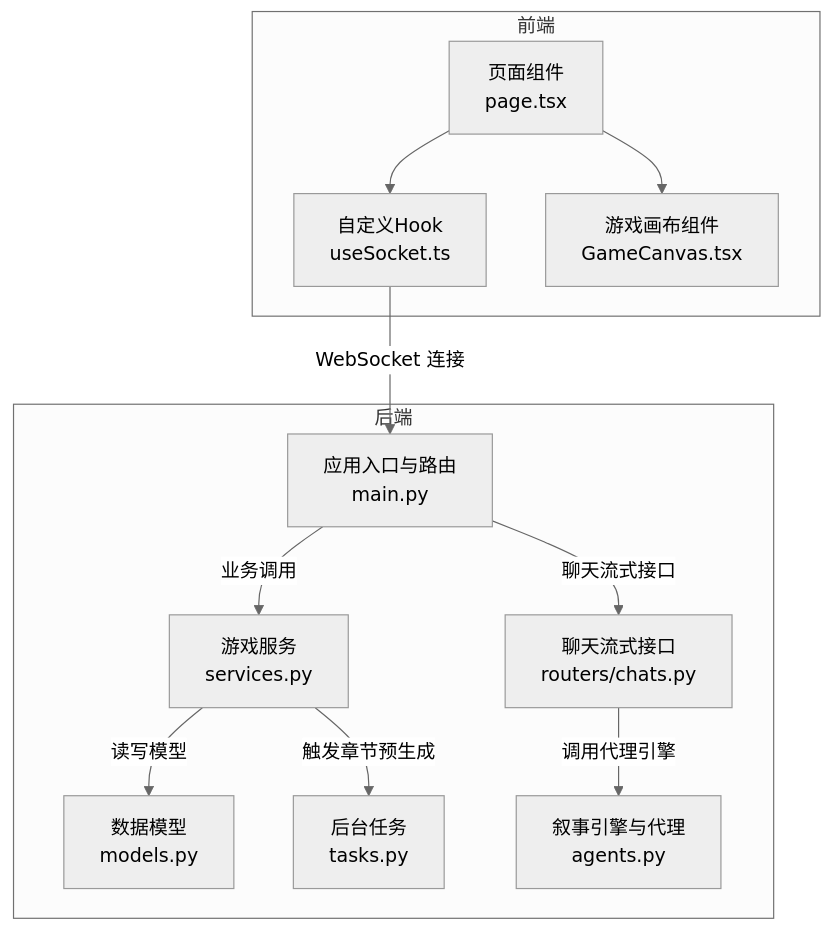
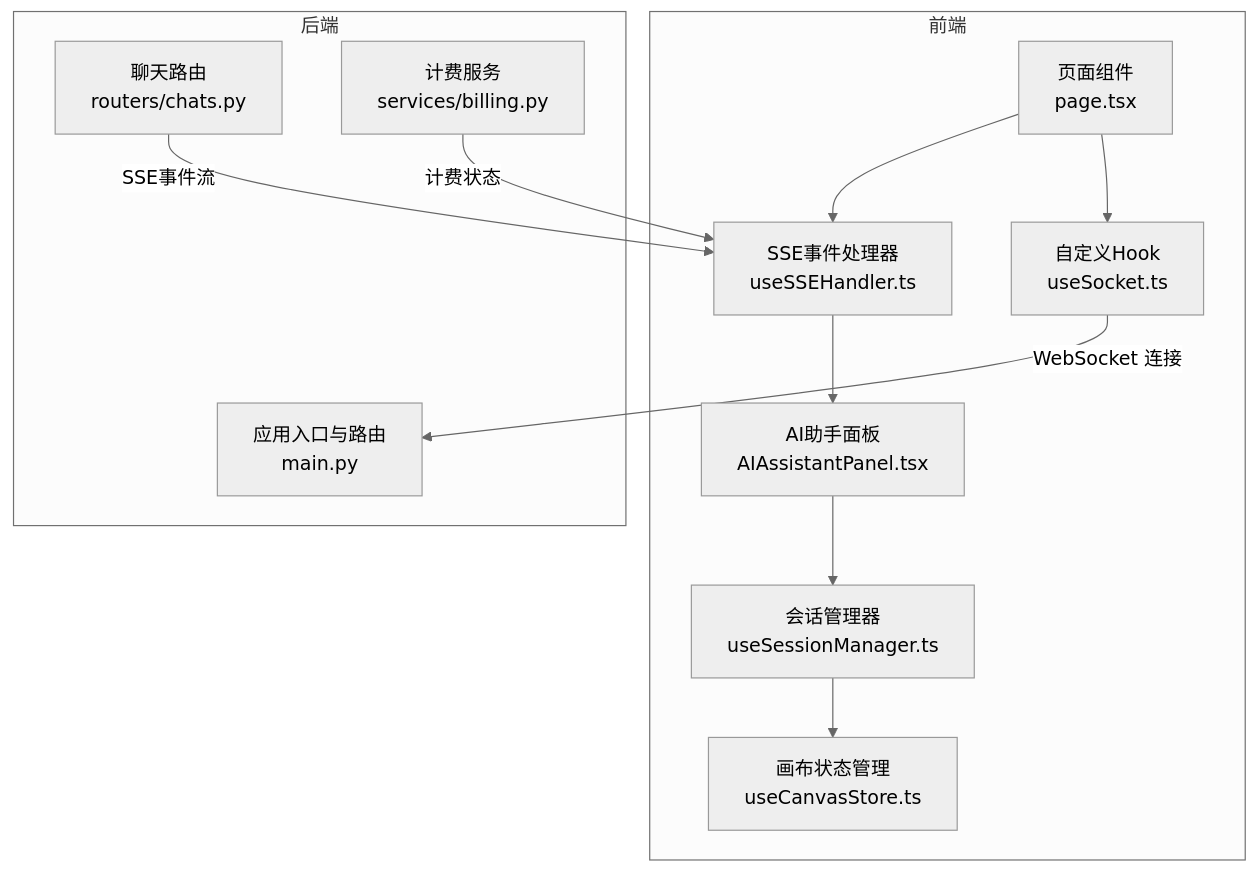
The first of 5 diagrams in .qoder/repowiki/zh/content/前端开发指南/WebSocket 实时通信.md (KunLabAI/KunFlix), drawn with Mermaid (neutral theme) before and after one commit. The commit also changed other lines of this file and 27 other files, not shown here.

````diff
--- a/.qoder/repowiki/zh/content/前端开发指南/WebSocket 实时通信.md
+++ b/.qoder/repowiki/zh/content/前端开发指南/WebSocket 实时通信.md
@@ -34,24 +43,24 @@
 ```mermaid
 graph TB
 subgraph "前端"
 FE_Page["页面组件<br/>page.tsx"]
 FE_Hook["自定义Hook<br/>useSocket.ts"]
-FE_Canvas["游戏画布组件<br/>GameCanvas.tsx"]
+FE_SSEHandler["SSE事件处理器<br/>useSSEHandler.ts"]
+FE_SessionMgr["会话管理器<br/>useSessionManager.ts"]
+FE_AIAssistant["AI助手面板<br/>AIAssistantPanel.tsx"]
+FE_CanvasStore["画布状态管理<br/>useCanvasStore.ts"]
 end
 subgraph "后端"
 BE_Main["应用入口与路由<br/>main.py"]
-BE_Svc["游戏服务<br/>services.py"]
-BE_Models["数据模型<br/>models.py"]
-BE_RouterChats["聊天流式接口<br/>routers/chats.py"]
-BE_Agents["叙事引擎与代理<br/>agents.py"]
-BE_Tasks["后台任务<br/>tasks.py"]
+BE_Chats["聊天路由<br/>routers/chats.py"]
+BE_Billing["计费服务<br/>services/billing.py"]
 end
 FE_Page --> FE_Hook
-FE_Page --> FE_Canvas
+FE_Page --> FE_SSEHandler
+FE_SSEHandler --> FE_AIAssistant
+FE_AIAssistant --> FE_SessionMgr
+FE_SessionMgr --> FE_CanvasStore
 FE_Hook --> |"WebSocket 连接"| BE_Main
-BE_Main --> |"业务调用"| BE_Svc
-BE_Svc --> |"读写模型"| BE_Models
-BE_Main --> |"聊天流式接口"| BE_RouterChats
-BE_RouterChats --> |"调用代理引擎"| BE_Agents
-BE_Svc --> |"触发章节预生成"| BE_Tasks
+BE_Chats --> |"SSE事件流"| FE_SSEHandler
+BE_Billing --> |"计费状态"| FE_SSEHandler
 ```
````
